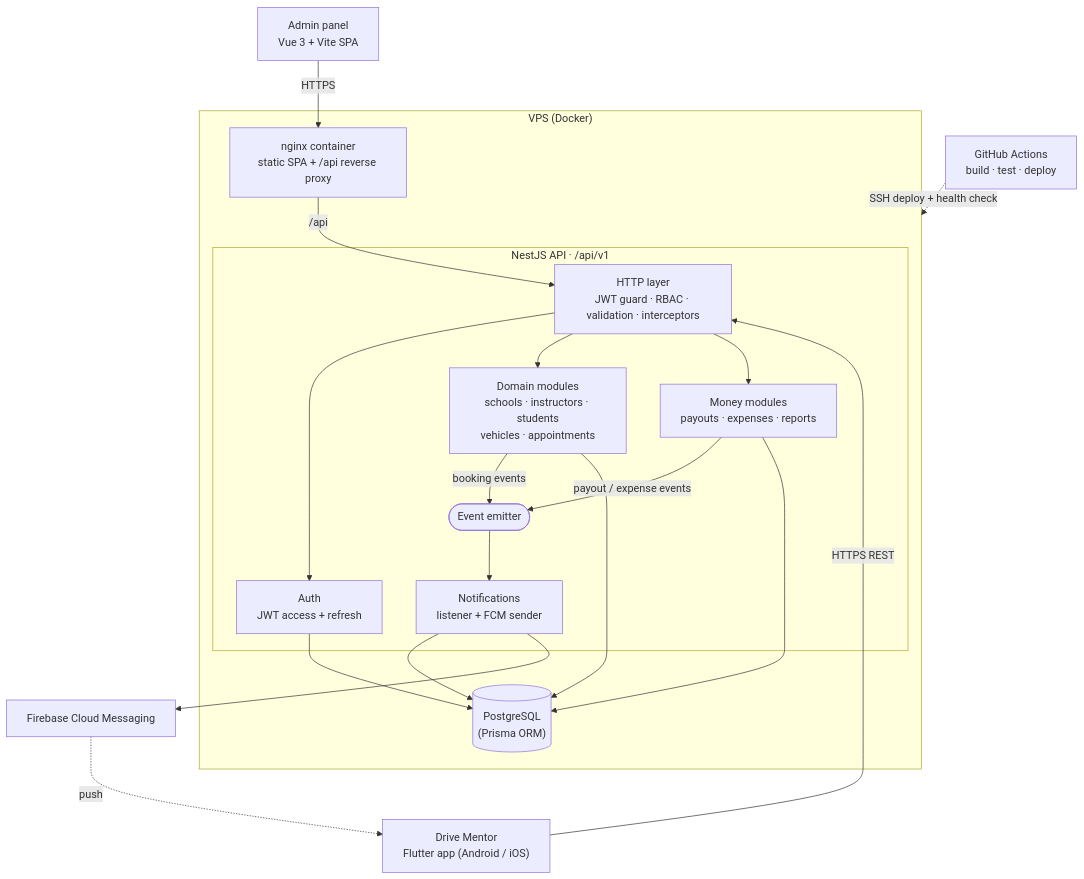
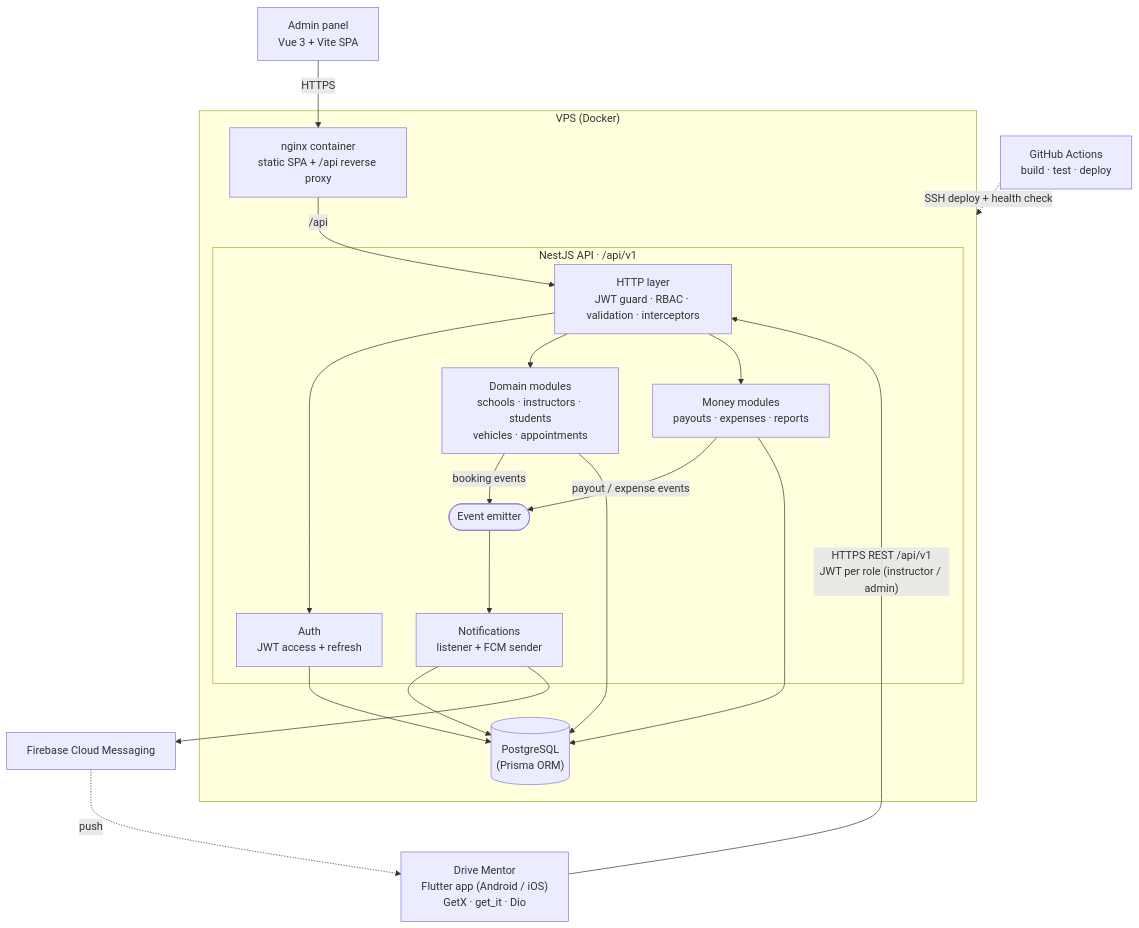
One commit to defoibrahim/dsms-showcase changed the diagram in README.md. Above: the diagram before and after it, drawn with Mermaid. The commit also changed other lines of this file and 18 other files, not shown here.

First line of the commit message:
Add Drive Mentor mobile app section with phone screenshots

````diff
--- a/README.md
+++ b/README.md
@@ -85,38 +153,38 @@
 ```mermaid
 flowchart TB
     WEB["Admin panel<br/>Vue 3 + Vite SPA"]
-    APP["Drive Mentor<br/>Flutter app (Android / iOS)"]
+    APP["Drive Mentor<br/>Flutter app (Android / iOS)<br/>GetX · get_it · Dio"]
     GHA["GitHub Actions<br/>build · test · deploy"]
 
     subgraph Server["VPS (Docker)"]
         FE["nginx container<br/>static SPA + /api reverse proxy"]
         subgraph API["NestJS API · /api/v1"]
             HTTP["HTTP layer<br/>JWT guard · RBAC · validation · interceptors"]
             AUTH["Auth<br/>JWT access + refresh"]
             DOMAIN["Domain modules<br/>schools · instructors · students<br/>vehicles · appointments"]
             MONEY["Money modules<br/>payouts · expenses · reports"]
             EVT(["Event emitter"])
             NOTIF["Notifications<br/>listener + FCM sender"]
         end
         DB[("PostgreSQL<br/>(Prisma ORM)")]
     end
 
     FCM["Firebase Cloud Messaging"]
 
     WEB -->|HTTPS| FE
     FE -->|/api| HTTP
-    APP -->|HTTPS REST| HTTP
+    APP -->|"HTTPS REST /api/v1<br/>JWT per role (instructor / admin)"| HTTP
     HTTP --> AUTH
     HTTP --> DOMAIN
     HTTP --> MONEY
     DOMAIN -- booking events --> EVT
     MONEY -- payout / expense events --> EVT
     EVT --> NOTIF
     AUTH --> DB
     DOMAIN --> DB
     MONEY --> DB
     NOTIF --> DB
     NOTIF --> FCM
     FCM -. push .-> APP
     GHA -. SSH deploy + health check .-> Server
 ```
````
